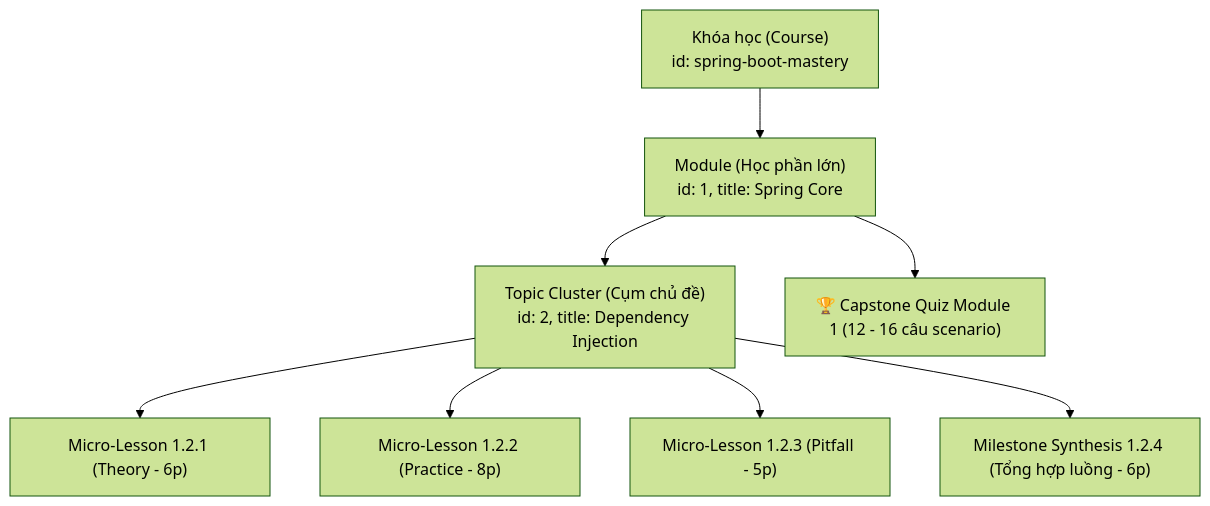
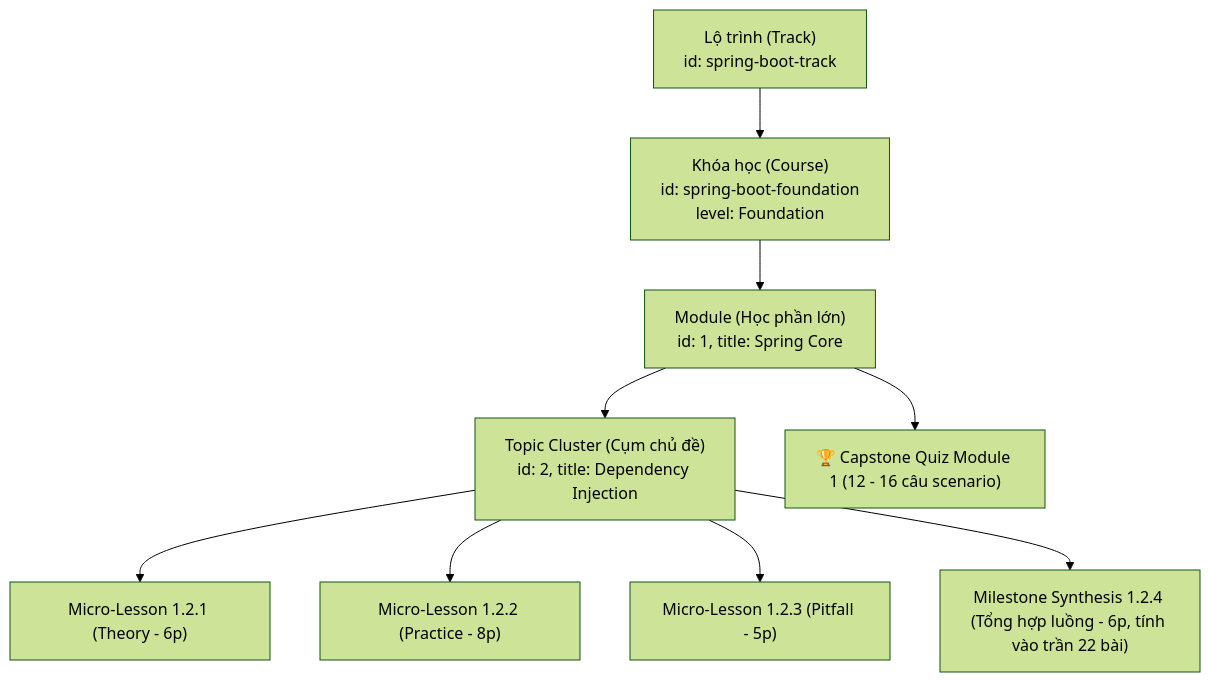
The second of 2 diagrams in CURRICULUM_STANDARDS.md (hanndbn/spring-boot-course), drawn with Mermaid (forest theme) before and after one commit. The commit also changed other lines of this file, not shown here.

Commit message:
docs: release CES-2026 v2.3 with strict object separation, level-based rubrics, and static schemas

````diff
--- a/CURRICULUM_STANDARDS.md
+++ b/CURRICULUM_STANDARDS.md
@@ -66,10 +79,11 @@
 ```mermaid
 graph TD
-    Course["Khóa học (Course)<br>id: spring-boot-mastery"] --> M["Module (Học phần lớn)<br>id: 1, title: Spring Core"]
+    Track["Lộ trình (Track)<br>id: spring-boot-track"] --> Course["Khóa học (Course)<br>id: spring-boot-foundation<br>level: Foundation"]
+    Course --> M["Module (Học phần lớn)<br>id: 1, title: Spring Core"]
     M --> T["Topic Cluster (Cụm chủ đề)<br>id: 2, title: Dependency Injection"]
     T --> L1["Micro-Lesson 1.2.1 (Theory - 6p)"]
     T --> L2["Micro-Lesson 1.2.2 (Practice - 8p)"]
     T --> L3["Micro-Lesson 1.2.3 (Pitfall - 5p)"]
-    T --> L4["Milestone Synthesis 1.2.4 (Tổng hợp luồng - 6p)"]
+    T --> L4["Milestone Synthesis 1.2.4 (Tổng hợp luồng - 6p, tính vào trần 22 bài)"]
     M --> QZ["🏆 Capstone Quiz Module 1 (12 - 16 câu scenario)"]
 ```
````
